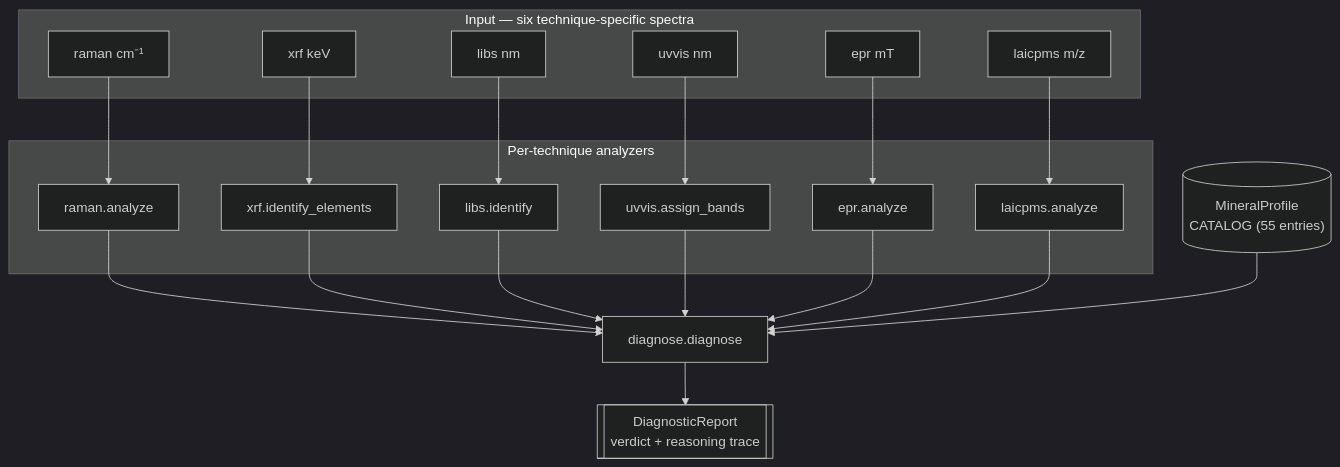
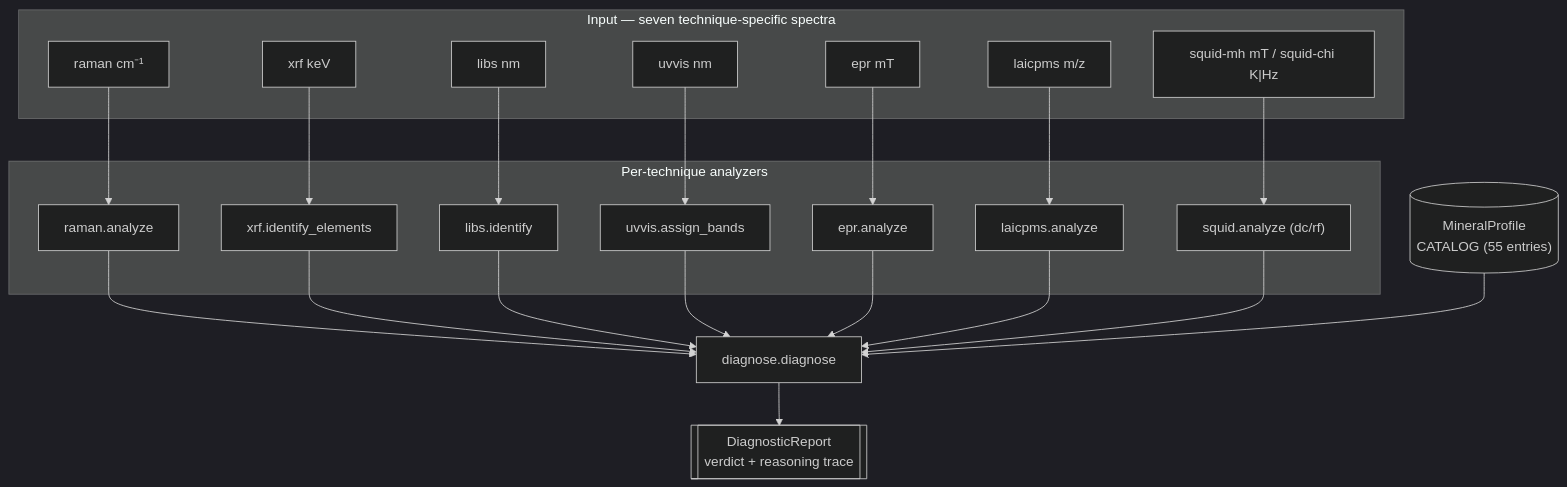
One commit to sonoransun/checkmsg changed the first of 3 diagrams in docs/architecture.md. Above: the diagram before and after it, drawn with Mermaid (dark theme). The commit also changed other lines of this file and 19 other files, not shown here.

````diff
--- a/docs/architecture.md
+++ b/docs/architecture.md
@@ -7,36 +7,40 @@
 ```mermaid
 flowchart TB
-    subgraph Input["Input — six technique-specific spectra"]
+    subgraph Input["Input — seven technique-specific spectra"]
         S1["raman cm⁻¹"]
         S2["xrf keV"]
         S3["libs nm"]
         S4["uvvis nm"]
         S5["epr mT"]
         S6["laicpms m/z"]
+        S7["squid-mh mT / squid-chi K|Hz"]
     end
     subgraph Analyzers["Per-technique analyzers"]
         A1["raman.analyze"]
         A2["xrf.identify_elements"]
         A3["libs.identify"]
         A4["uvvis.assign_bands"]
         A5["epr.analyze"]
         A6["laicpms.analyze"]
+        A7["squid.analyze (dc/rf)"]
     end
     Catalog[("MineralProfile<br/>CATALOG (55 entries)")]
     Diagnose["diagnose.diagnose"]
     Report[["DiagnosticReport<br/>verdict + reasoning trace"]]
     S1 --> A1
     S2 --> A2
     S3 --> A3
     S4 --> A4
     S5 --> A5
     S6 --> A6
+    S7 --> A7
     A1 --> Diagnose
     A2 --> Diagnose
     A3 --> Diagnose
     A4 --> Diagnose
     A5 --> Diagnose
     A6 --> Diagnose
+    A7 --> Diagnose
     Catalog --> Diagnose
     Diagnose --> Report
 ```
````
